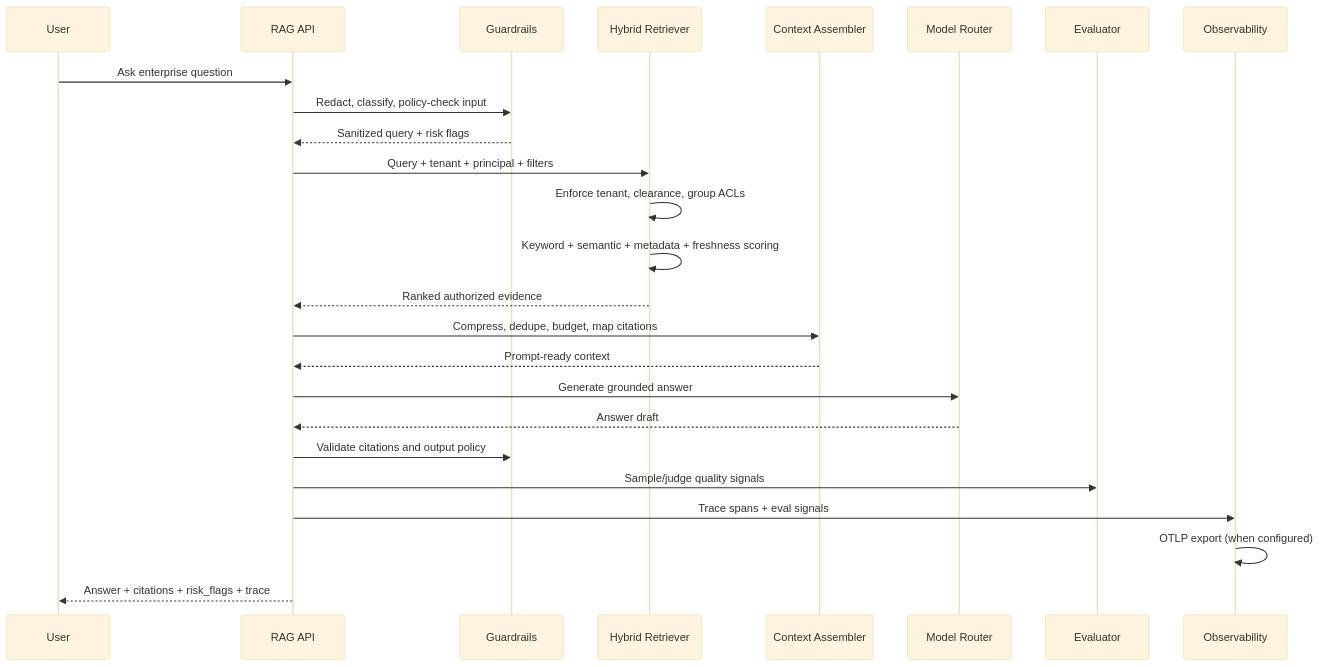
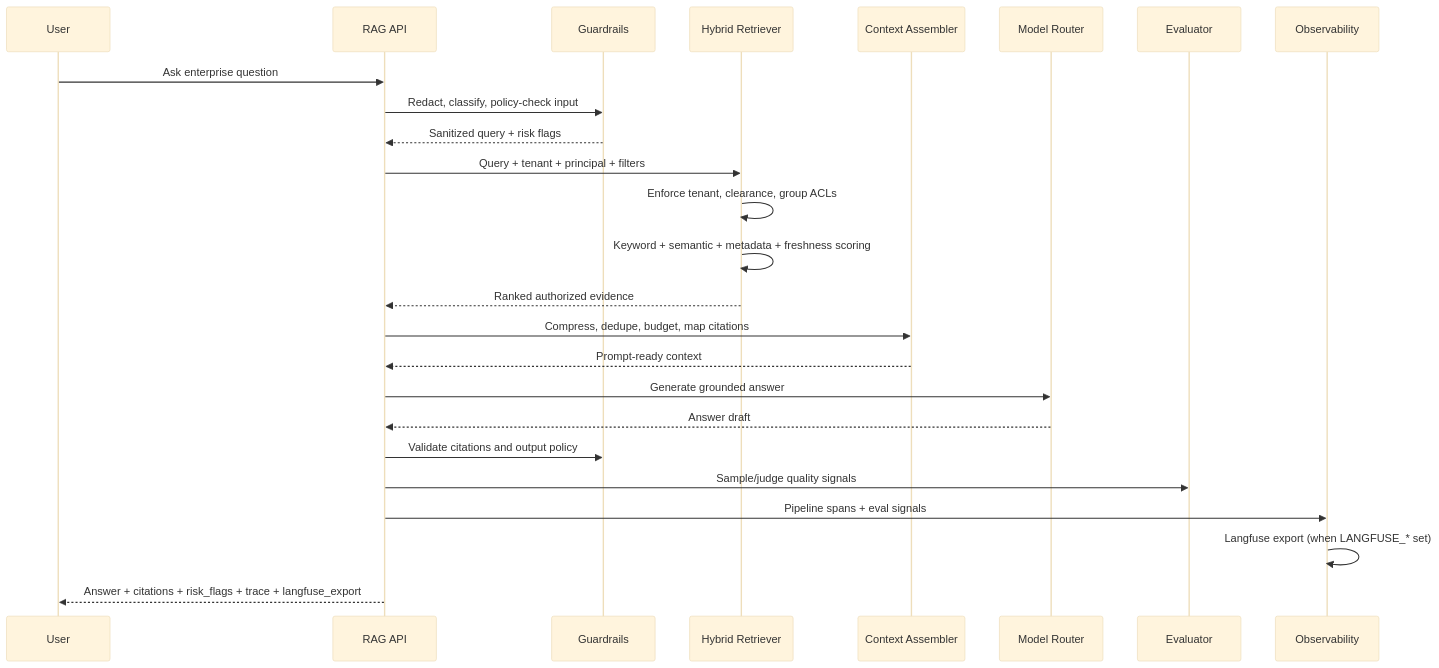
Before and after one commit to vpeetla-ai/enterprise_rag_platform: the second of 4 diagrams in README.md, drawn with Mermaid (base theme). The commit also changed other lines of this file and 12 other files, not shown here.

First line of the commit message:
Switch observability from OTLP to Langfuse-only export.

````diff
--- a/README.md
+++ b/README.md
@@ -77,28 +78,28 @@
 ```mermaid
 sequenceDiagram
   participant U as User
   participant API as RAG API
   participant G as Guardrails
   participant R as Hybrid Retriever
   participant C as Context Assembler
   participant M as Model Router
   participant E as Evaluator
   participant O as Observability
 
   U->>API: Ask enterprise question
   API->>G: Redact, classify, policy-check input
   G-->>API: Sanitized query + risk flags
   API->>R: Query + tenant + principal + filters
   R->>R: Enforce tenant, clearance, group ACLs
   R->>R: Keyword + semantic + metadata + freshness scoring
   R-->>API: Ranked authorized evidence
   API->>C: Compress, dedupe, budget, map citations
   C-->>API: Prompt-ready context
   API->>M: Generate grounded answer
   M-->>API: Answer draft
   API->>G: Validate citations and output policy
   API->>E: Sample/judge quality signals
-  API->>O: Trace spans + eval signals
-  O->>O: OTLP export (when configured)
-  API-->>U: Answer + citations + risk_flags + trace
+  API->>O: Pipeline spans + eval signals
+  O->>O: Langfuse export (when LANGFUSE_* set)
+  API-->>U: Answer + citations + risk_flags + trace + langfuse_export
 ```
````
